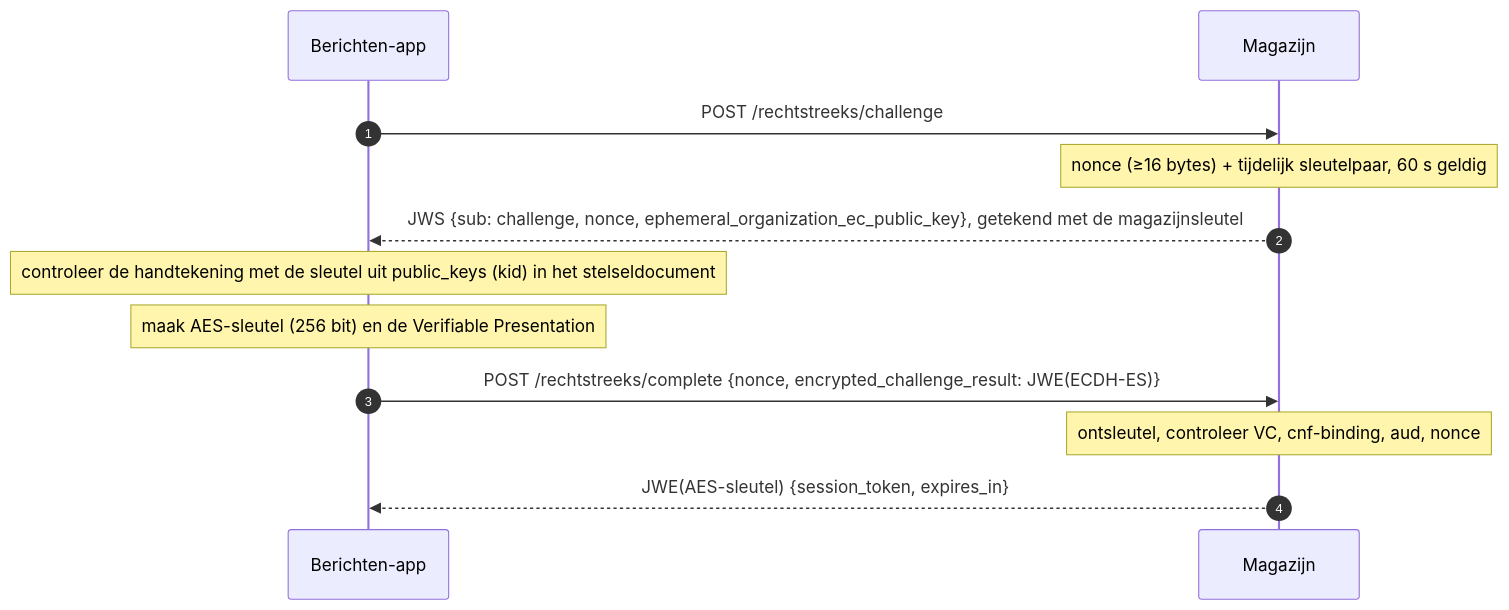
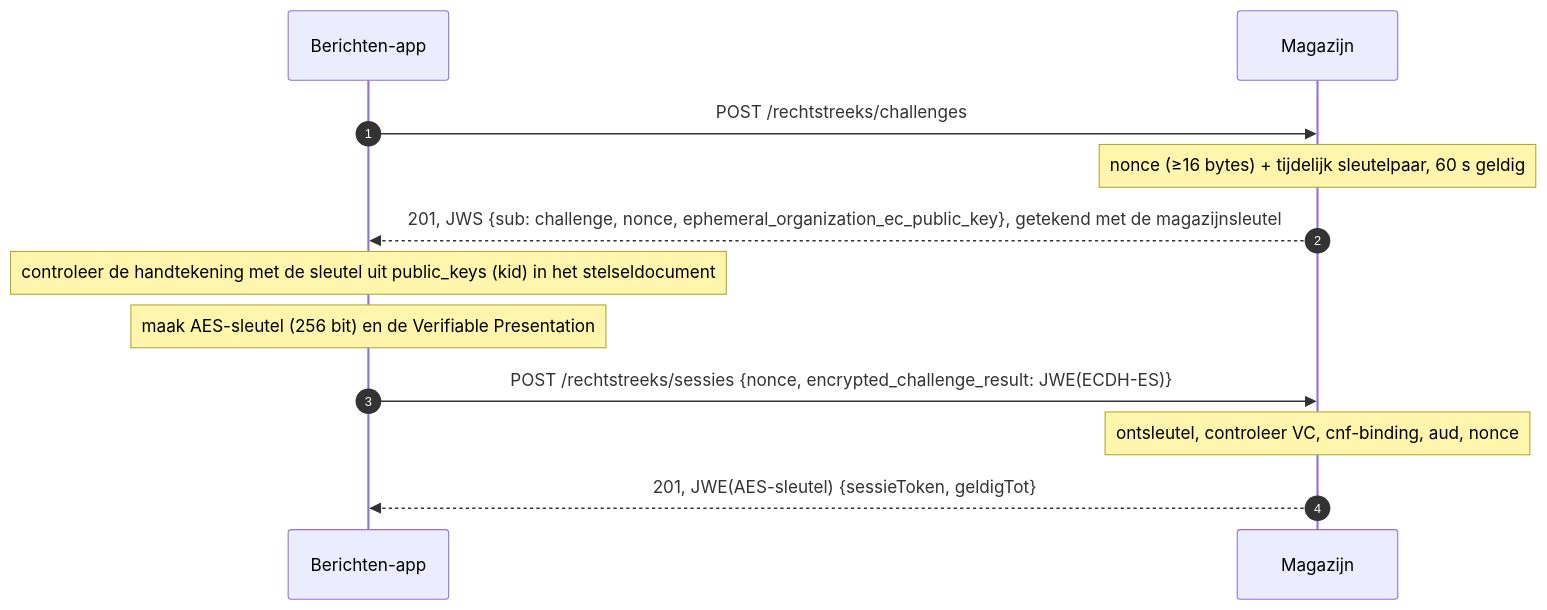
One commit to MinBZK/moza-poc-fbs-berichtenbox changed the second of 3 diagrams in docs/plans/2026-10-27-rechtstreeks-ophalen-design.md. Above: the diagram before and after it, drawn with Mermaid. The commit also changed other lines of this file and 8 other files, not shown here.

First line of the commit message:
docs(rechtstreeks): review verwerkt: API Design Rules, post-quantum en FSC voor Burgers

````diff
--- a/docs/plans/2026-10-27-rechtstreeks-ophalen-design.md
+++ b/docs/plans/2026-10-27-rechtstreeks-ophalen-design.md
@@ -118,14 +117,14 @@
 ```mermaid
 sequenceDiagram
     autonumber
     participant App as Berichten-app
     participant M as Magazijn
-    App->>M: POST /rechtstreeks/challenge
+    App->>M: POST /rechtstreeks/challenges
     Note over M: nonce (≥16 bytes) + tijdelijk sleutelpaar, 60 s geldig
-    M-->>App: JWS {sub: challenge, nonce, ephemeral_organization_ec_public_key}, getekend met de magazijnsleutel
+    M-->>App: 201, JWS {sub: challenge, nonce, ephemeral_organization_ec_public_key}, getekend met de magazijnsleutel
     Note over App: controleer de handtekening met de sleutel uit public_keys (kid) in het stelseldocument
     Note over App: maak AES-sleutel (256 bit) en de Verifiable Presentation
-    App->>M: POST /rechtstreeks/complete {nonce, encrypted_challenge_result: JWE(ECDH-ES)}
+    App->>M: POST /rechtstreeks/sessies {nonce, encrypted_challenge_result: JWE(ECDH-ES)}
     Note over M: ontsleutel, controleer VC, cnf-binding, aud, nonce
-    M-->>App: JWE(AES-sleutel) {session_token, expires_in}
+    M-->>App: 201, JWE(AES-sleutel) {sessieToken, geldigTot}
 ```
````
